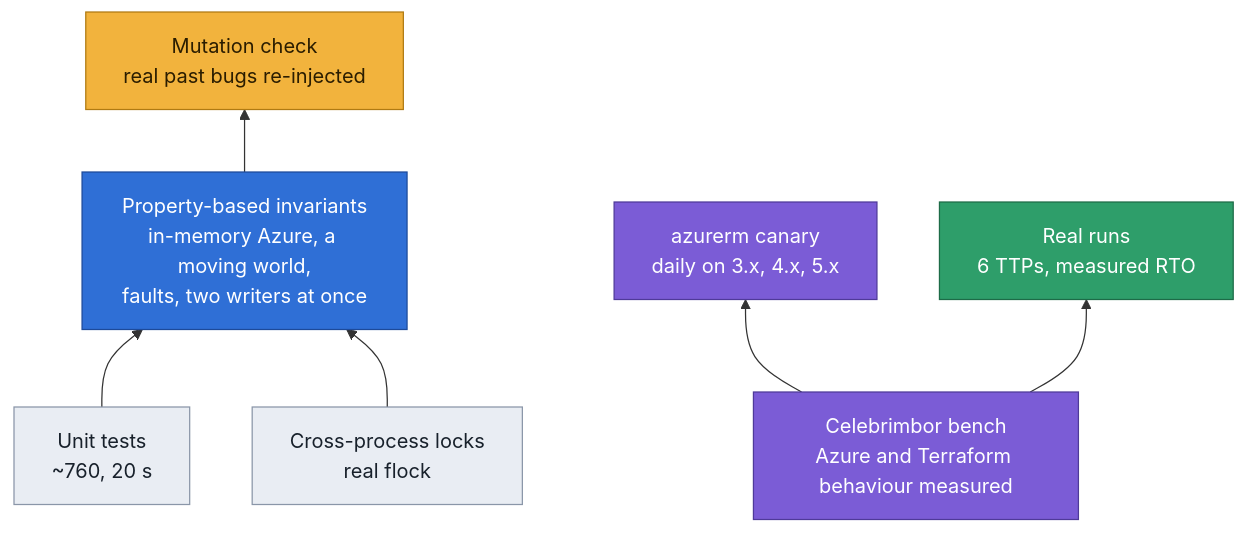
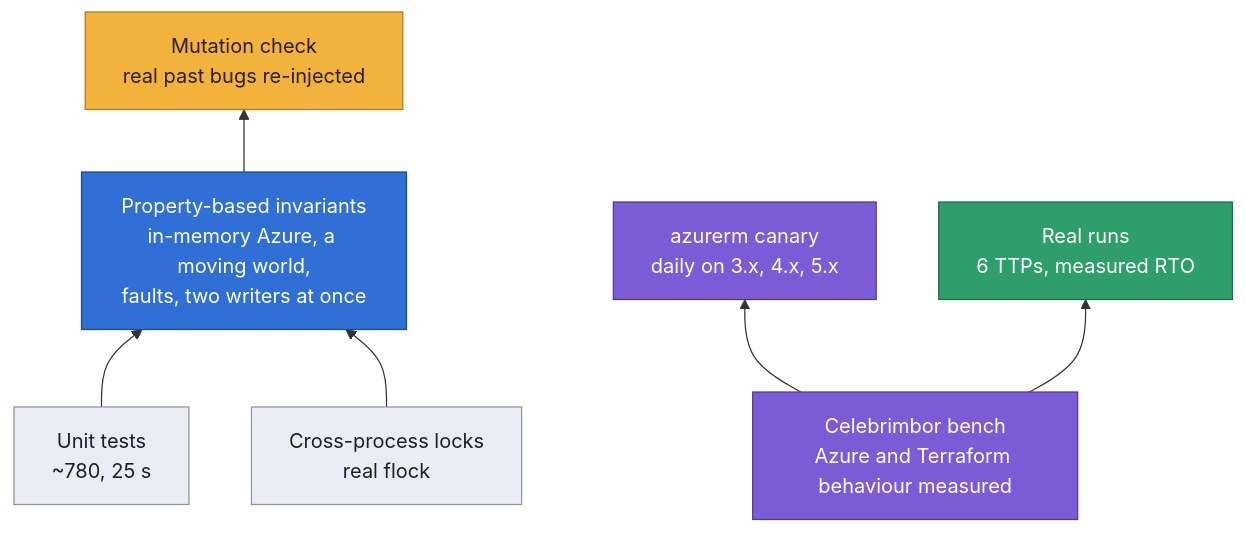
The third of 3 diagrams in README.md (Vanyar53/eregion), drawn with Mermaid before and after one commit. The commit also changed other lines of this file and 5 other files, not shown here.

````diff
--- a/README.md
+++ b/README.md
@@ -704,24 +704,24 @@
 ```mermaid
 flowchart BT
-    U["Unit tests<br/>~760, 20 s"]
+    U["Unit tests<br/>~780, 25 s"]
     I["Property-based invariants<br/>in-memory Azure, a moving world,<br/>faults, two writers at once"]
     M["Mutation check<br/>real past bugs re-injected"]
     L["Cross-process locks<br/>real flock"]
     B["Celebrimbor bench<br/>Azure and Terraform behaviour measured"]
     C["azurerm canary<br/>daily on 3.x, 4.x, 5.x"]
     R["Real runs<br/>6 TTPs, measured RTO"]
     U --> I --> M
     L --> I
     B --> C
     B --> R
     classDef data fill:#e9edf3,stroke:#8a96a8,color:#18212b
     classDef blue fill:#2f6fd6,stroke:#1d4a9a,color:#ffffff
     classDef guard fill:#f2b33d,stroke:#b07a12,color:#2b1d00
     classDef azure fill:#7b5cd6,stroke:#4f3a99,color:#ffffff
     classDef human fill:#2e9e6a,stroke:#1d6b47,color:#ffffff
     class U,L data
     class I blue
     class M guard
     class B,C azure
     class R human
 ```
````
